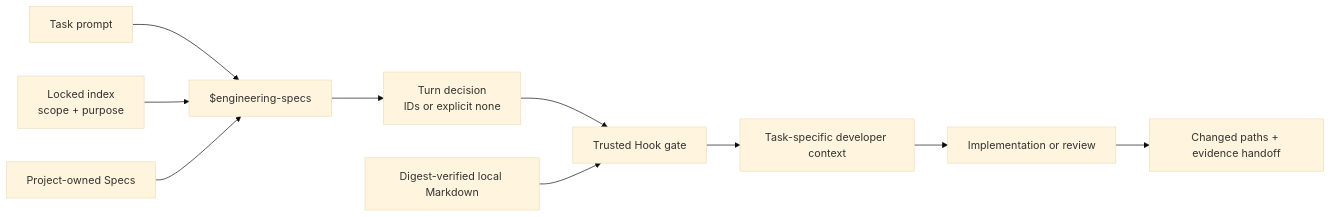
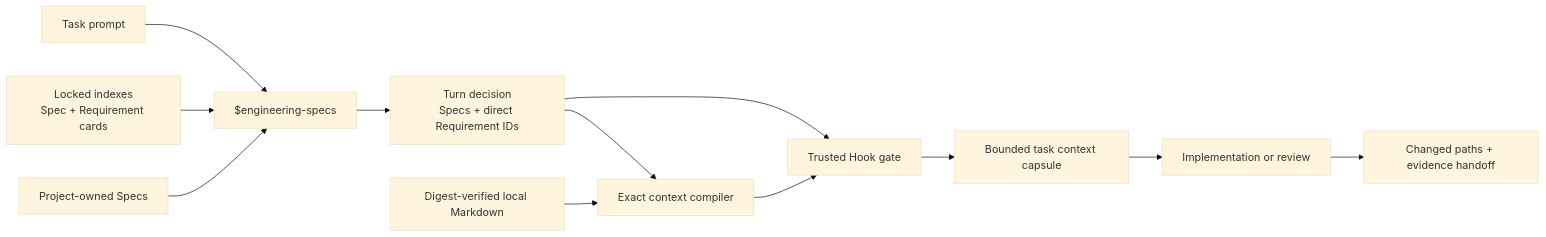
Before and after one commit to XiaoWeiKIN/EngineeringSpecifications: the third of 4 diagrams in docs/specification-model.md, drawn with Mermaid (base theme). The commit also changed other lines of this file and 18 other files, not shown here.

Commit message:
feat: release requirement-level context activation (#13)

````diff
--- a/docs/specification-model.md
+++ b/docs/specification-model.md
@@ -179,12 +198,14 @@
 ```mermaid
 flowchart LR
     Prompt["Task prompt"] --> Route["$engineering-specs"]
-    Index["Locked index<br/>scope + purpose"] --> Route
+    Index["Locked indexes<br/>Spec + Requirement cards"] --> Route
     Project["Project-owned Specs"] --> Route
-    Route --> Decision["Turn decision<br/>IDs or explicit none"]
+    Route --> Decision["Turn decision<br/>Specs + direct Requirement IDs"]
     Decision --> Gate["Trusted Hook gate"]
-    Local["Digest-verified local Markdown"] --> Gate
-    Gate --> Context["Task-specific developer context"]
+    Local["Digest-verified local Markdown"] --> Compiler["Exact context compiler"]
+    Decision --> Compiler
+    Compiler --> Gate
+    Gate --> Context["Bounded task context capsule"]
     Context --> Work["Implementation or review"]
     Work --> Audit["Changed paths + evidence handoff"]
 ```
````
